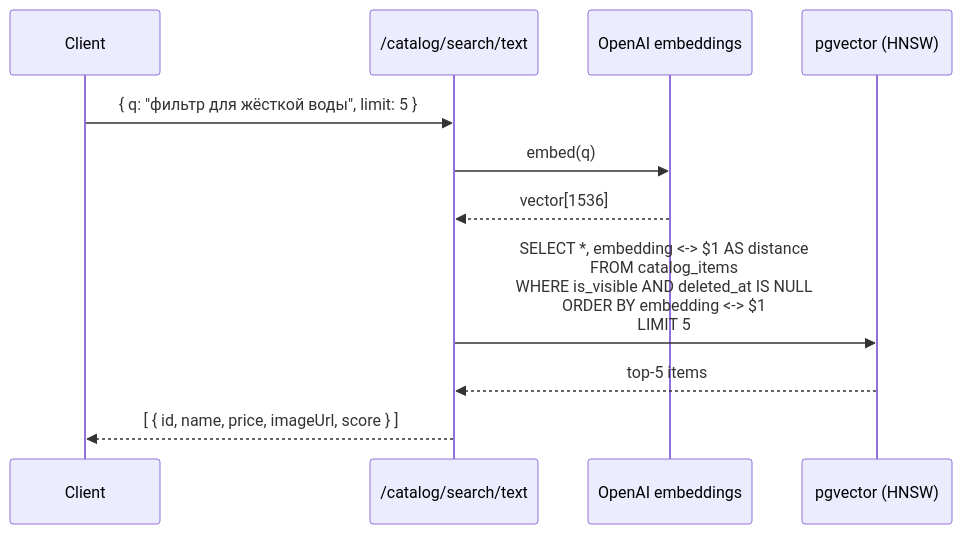
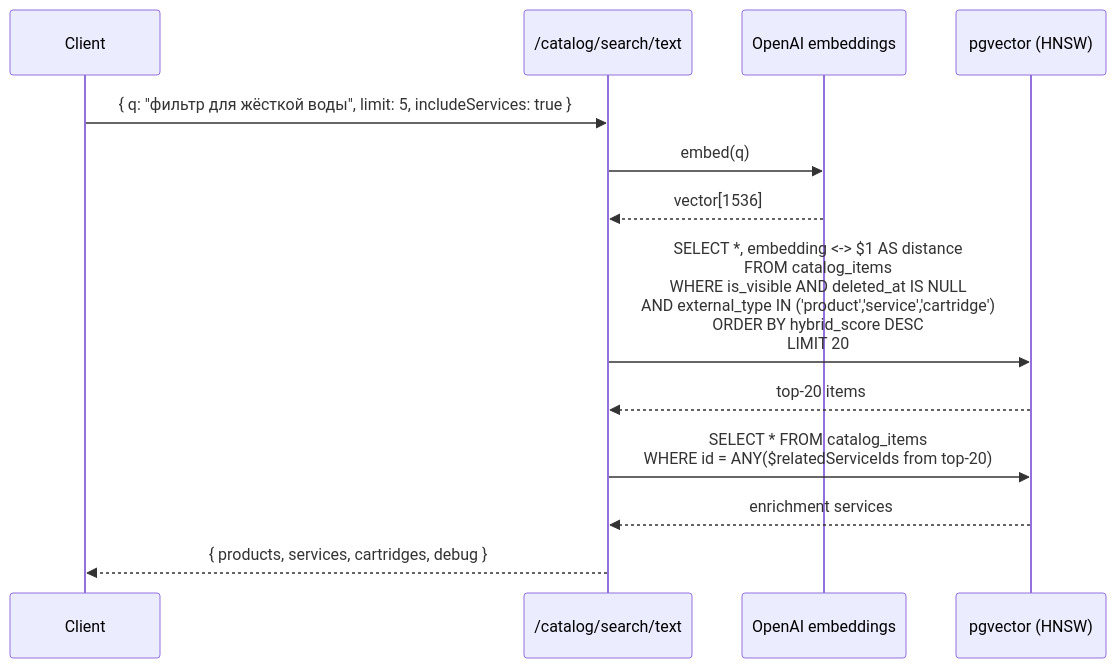
Before and after one commit to Pelmenya/slovo: the second of 3 diagrams in docs/features/vision-catalog-search.md, drawn with Mermaid. The commit also changed other lines of this file and 10 other files, not shown here.

````diff
--- a/docs/features/vision-catalog-search.md
+++ b/docs/features/vision-catalog-search.md
@@ -63,14 +117,16 @@
 ```mermaid
 sequenceDiagram
     participant Client
     participant API as /catalog/search/text
     participant OAI as OpenAI embeddings
     participant PG as pgvector (HNSW)
 
-    Client->>API: { q: "фильтр для жёсткой воды", limit: 5 }
+    Client->>API: { q: "фильтр для жёсткой воды", limit: 5, includeServices: true }
     API->>OAI: embed(q)
     OAI-->>API: vector[1536]
-    API->>PG: SELECT *, embedding <-> $1 AS distance<br/>FROM catalog_items<br/>WHERE is_visible AND deleted_at IS NULL<br/>ORDER BY embedding <-> $1<br/>LIMIT 5
-    PG-->>API: top-5 items
-    API-->>Client: [ { id, name, price, imageUrl, score } ]
+    API->>PG: SELECT *, embedding <-> $1 AS distance<br/>FROM catalog_items<br/>WHERE is_visible AND deleted_at IS NULL<br/>AND external_type IN ('product','service','cartridge')<br/>ORDER BY hybrid_score DESC<br/>LIMIT 20
+    PG-->>API: top-20 items
+    API->>PG: SELECT * FROM catalog_items<br/>WHERE id = ANY($relatedServiceIds from top-20)
+    PG-->>API: enrichment services
+    API-->>Client: { products, services, cartridges, debug }
 ```
````
